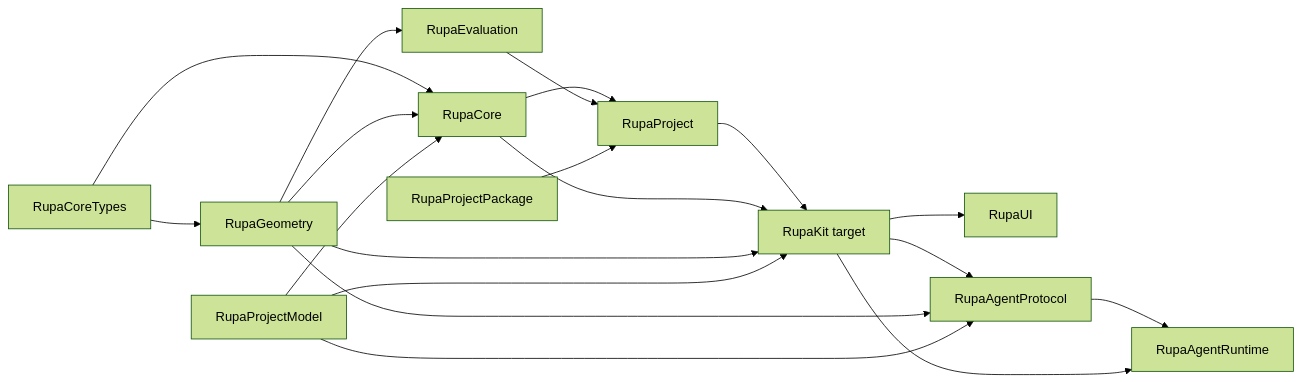
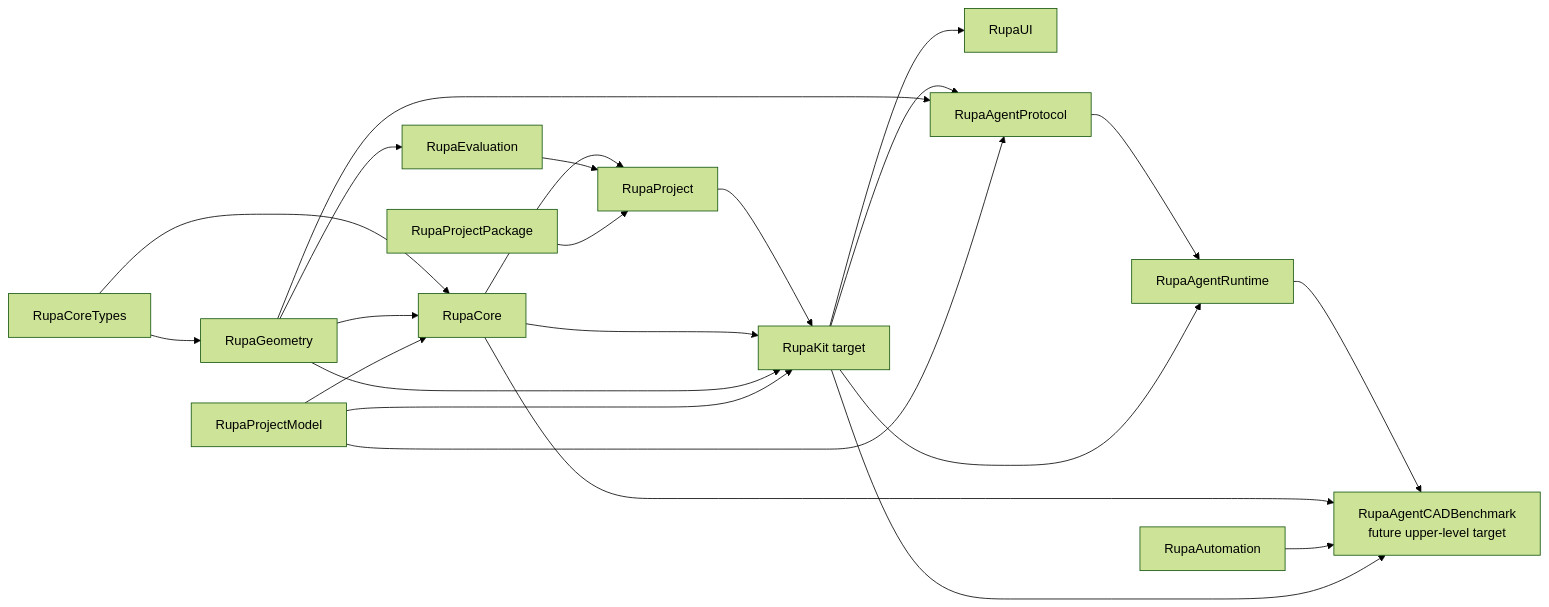
One commit to 1amageek/Rupa changed the first of 2 diagrams in RupaKit/DESIGN.md. Above: the diagram before and after it, drawn with Mermaid (forest theme). The commit also changed other lines of this file and 3 other files, not shown here.

Commit message:
Define Agent CAD benchmark contract

````diff
--- a/RupaKit/DESIGN.md
+++ b/RupaKit/DESIGN.md
@@ -43,21 +50,25 @@
 ```mermaid
 flowchart LR
     CoreTypes[RupaCoreTypes] --> Geometry[RupaGeometry]
     CoreTypes --> Core[RupaCore]
     Geometry --> Core
     ProjectModel[RupaProjectModel] --> Core
     Core --> Project[RupaProject]
     Evaluation[RupaEvaluation] --> Project
     Package[RupaProjectPackage] --> Project
     Geometry --> Evaluation
     Project --> Kit[RupaKit target]
     Core --> Kit
     Geometry --> Kit
     ProjectModel --> Kit
     Kit --> UI["RupaUI"]
     Kit --> AgentProtocol[RupaAgentProtocol]
     Geometry --> AgentProtocol
     ProjectModel --> AgentProtocol
     AgentProtocol --> AgentRuntime[RupaAgentRuntime]
     Kit --> AgentRuntime
+    AgentRuntime --> Benchmark["RupaAgentCADBenchmark\nfuture upper-level target"]
+    Core --> Benchmark
+    Automation[RupaAutomation] --> Benchmark
+    Kit --> Benchmark
 ```
````
